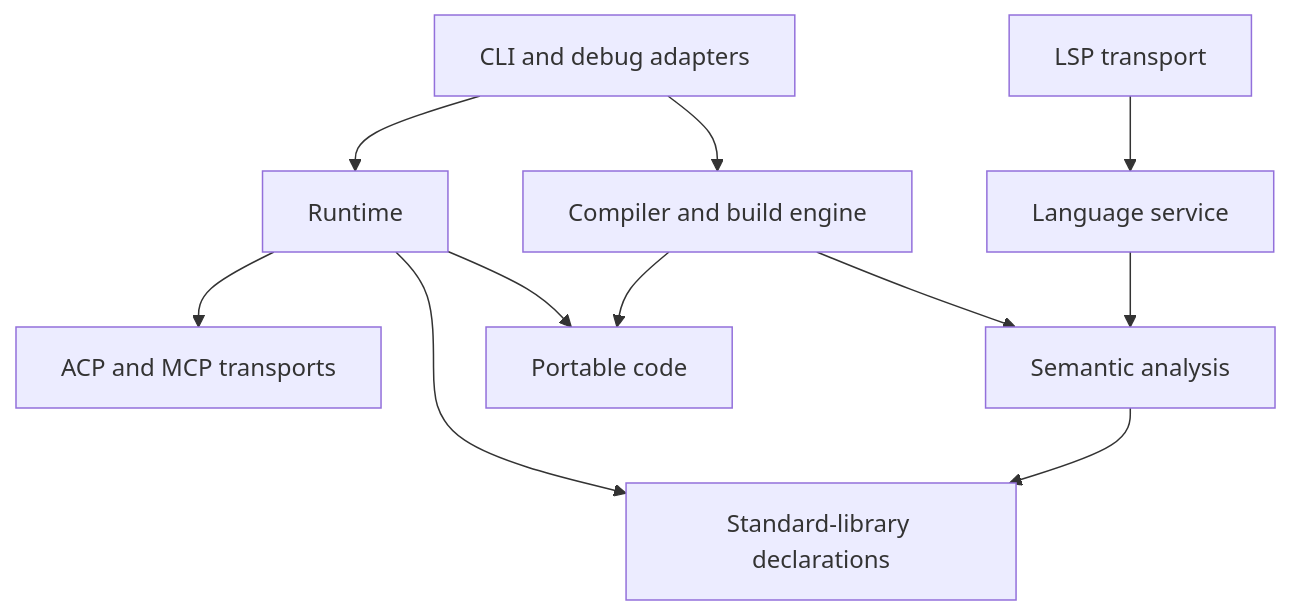
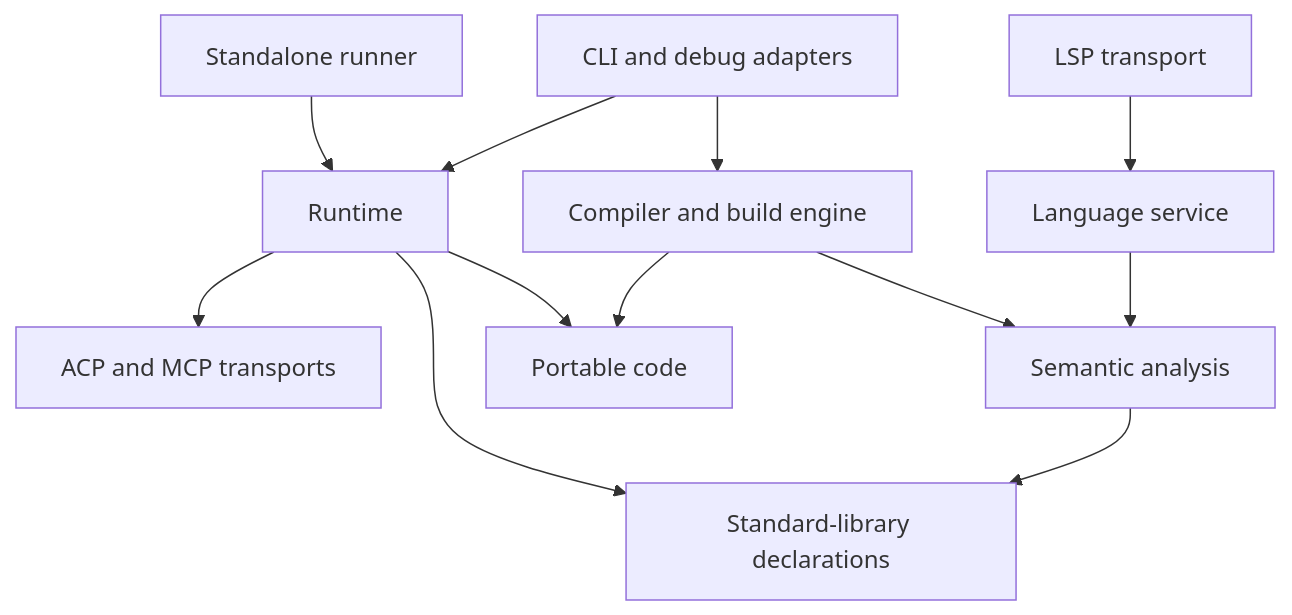
Before and after one commit to tobiasbick/functional-pascal: the diagram in docs/rust-architecture.md, drawn with Mermaid. The commit also changed other lines of this file and 42 other files, not shown here.

````diff
--- a/docs/rust-architecture.md
+++ b/docs/rust-architecture.md
@@ -7,13 +7,14 @@
 ```mermaid
 flowchart TD
     CLI[CLI and debug adapters] --> Compiler[Compiler and build engine]
     CLI --> Runtime[Runtime]
+    Runner[Standalone runner] --> Runtime
     LSP[LSP transport] --> Analysis[Language service]
     Compiler --> Sema[Semantic analysis]
     Analysis --> Sema
     Compiler --> Code[Portable code]
     Sema --> Builtins[Standard-library declarations]
     Runtime --> Code
     Runtime --> Builtins
     Runtime --> Protocols[ACP and MCP transports]
 ```
````
